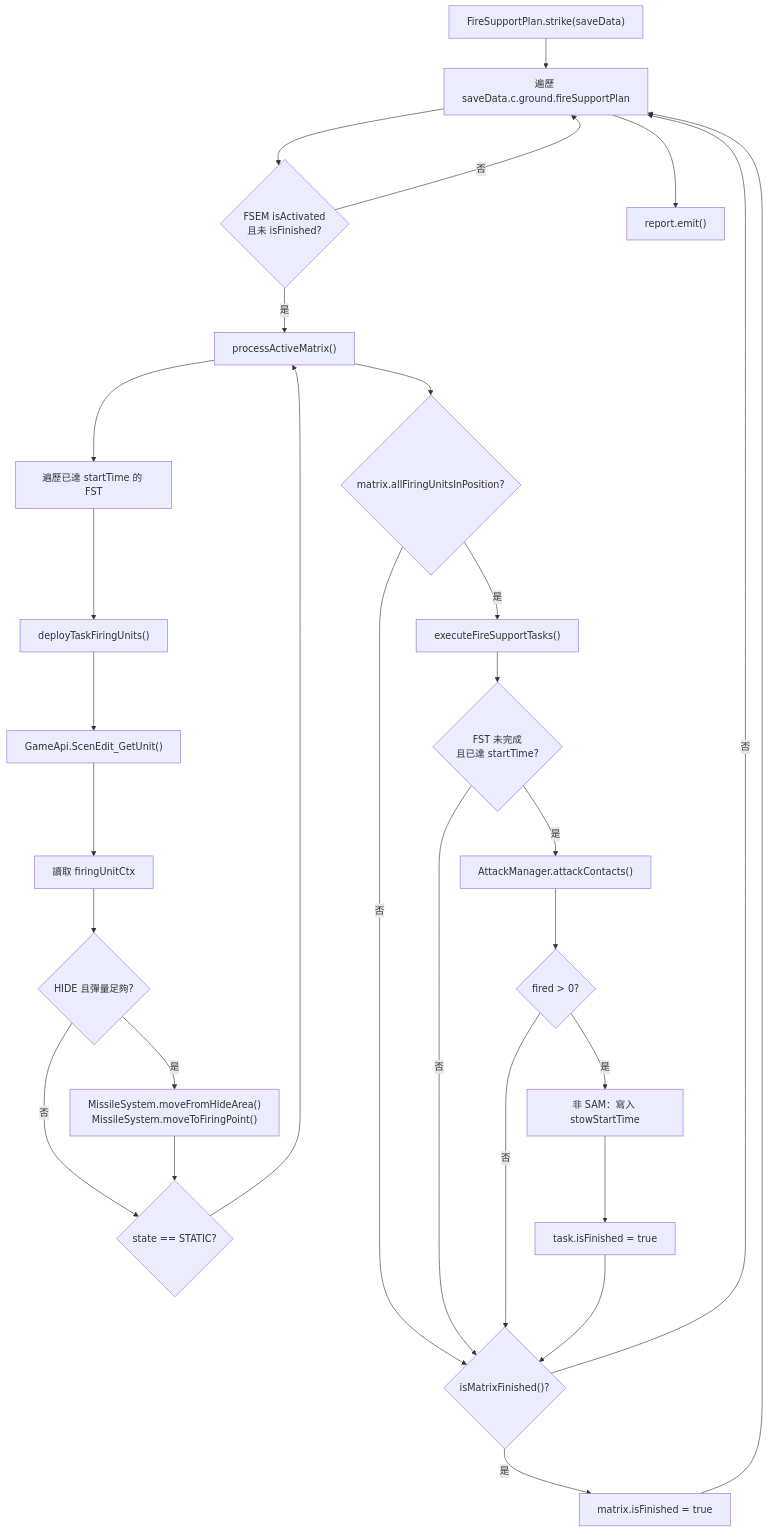
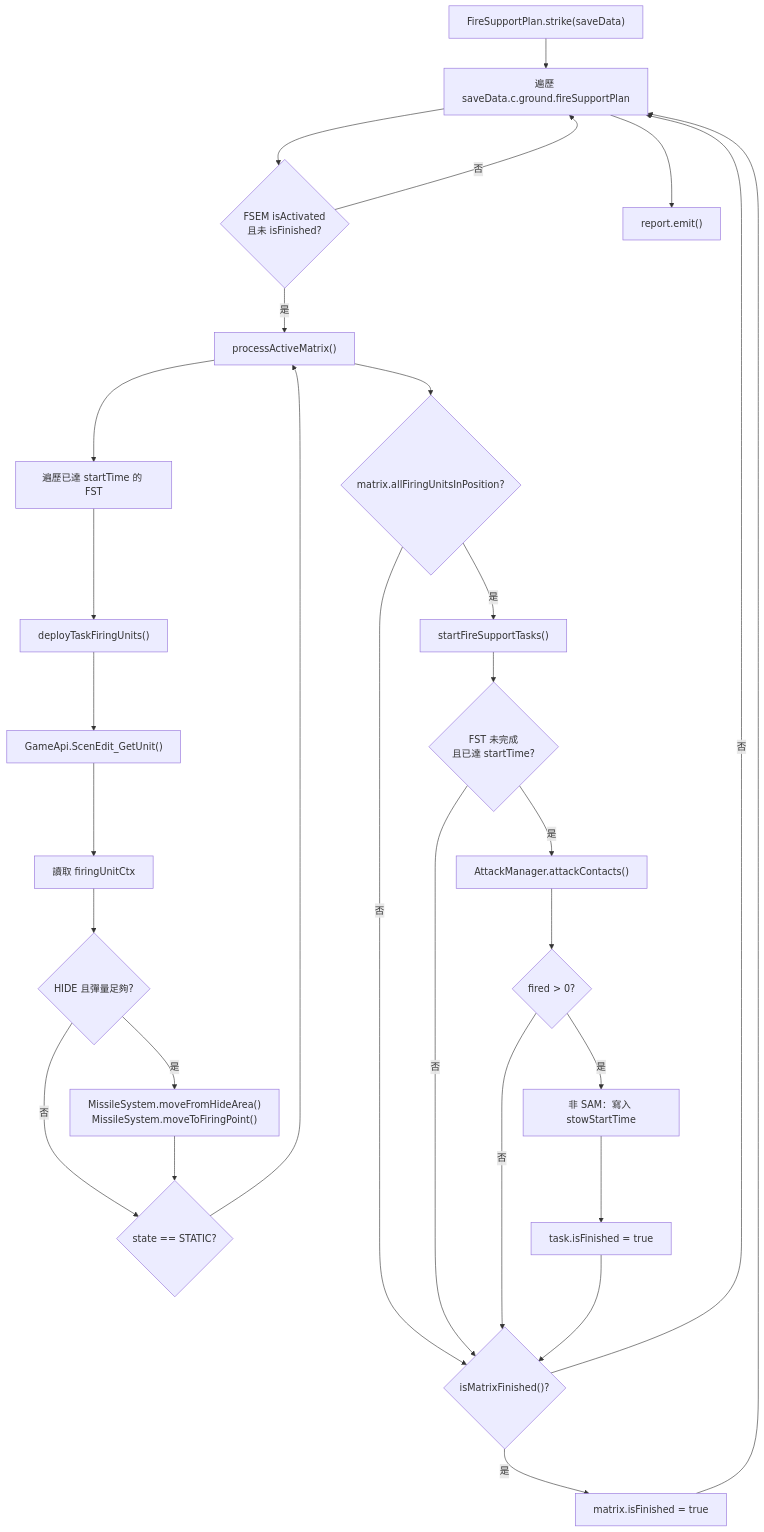
The diagram in docs/strikePlanner/fireSupportPlan.md (pullupjumper/formosa-in-flames), drawn with Mermaid before and after one commit. The commit also changed other lines of this file and 93 other files, not shown here.

````diff
--- a/docs/strikePlanner/fireSupportPlan.md
+++ b/docs/strikePlanner/fireSupportPlan.md
@@ -112,53 +112,53 @@
 ```mermaid
 flowchart TD
     START["FireSupportPlan.strike(saveData)"]
     LOOP["遍歷 saveData.c.ground.fireSupportPlan"]
     ACTIVE{"FSEM isActivated<br/>且未 isFinished?"}
     PROCESS["processActiveMatrix()"]
     DEPLOY_TASK["遍歷已達 startTime 的 FST"]
     DEPLOY_UNIT["deployTaskFiringUnits()"]
     GET_UNIT["GameApi.ScenEdit_GetUnit()"]
     GET_CTX["讀取 firingUnitCtx"]
     READY{"HIDE 且彈量足夠?"}
     MOVE["MissileSystem.moveFromHideArea()<br/>MissileSystem.moveToFiringPoint()"]
     STATIC{"state == STATIC?"}
     ALL_READY{"matrix.allFiringUnitsInPosition?"}
-    EXECUTE["executeFireSupportTasks()"]
+    EXECUTE["startFireSupportTasks()"]
     TASK_READY{"FST 未完成<br/>且已達 startTime?"}
     ATTACK["AttackManager.attackContacts()"]
     FIRED{"fired > 0?"}
     STOW["非 SAM：寫入 stowStartTime"]
     TASK_DONE["task.isFinished = true"]
     MATRIX_DONE{"isMatrixFinished()?"}
     FINISH["matrix.isFinished = true"]
     LOG["report.emit()"]
 
     START --> LOOP
     LOOP --> ACTIVE
     ACTIVE -->|否| LOOP
     ACTIVE -->|是| PROCESS
     PROCESS --> DEPLOY_TASK
     DEPLOY_TASK --> DEPLOY_UNIT
     DEPLOY_UNIT --> GET_UNIT
     GET_UNIT --> GET_CTX
     GET_CTX --> READY
     READY -->|是| MOVE
     READY -->|否| STATIC
     MOVE --> STATIC
     STATIC --> PROCESS
     PROCESS --> ALL_READY
     ALL_READY -->|是| EXECUTE
     ALL_READY -->|否| MATRIX_DONE
     EXECUTE --> TASK_READY
     TASK_READY -->|是| ATTACK
     TASK_READY -->|否| MATRIX_DONE
     ATTACK --> FIRED
     FIRED -->|是| STOW
     FIRED -->|否| MATRIX_DONE
     STOW --> TASK_DONE
     TASK_DONE --> MATRIX_DONE
     MATRIX_DONE -->|是| FINISH
     MATRIX_DONE -->|否| LOOP
     FINISH --> LOOP
     LOOP --> LOG
 ```
````
